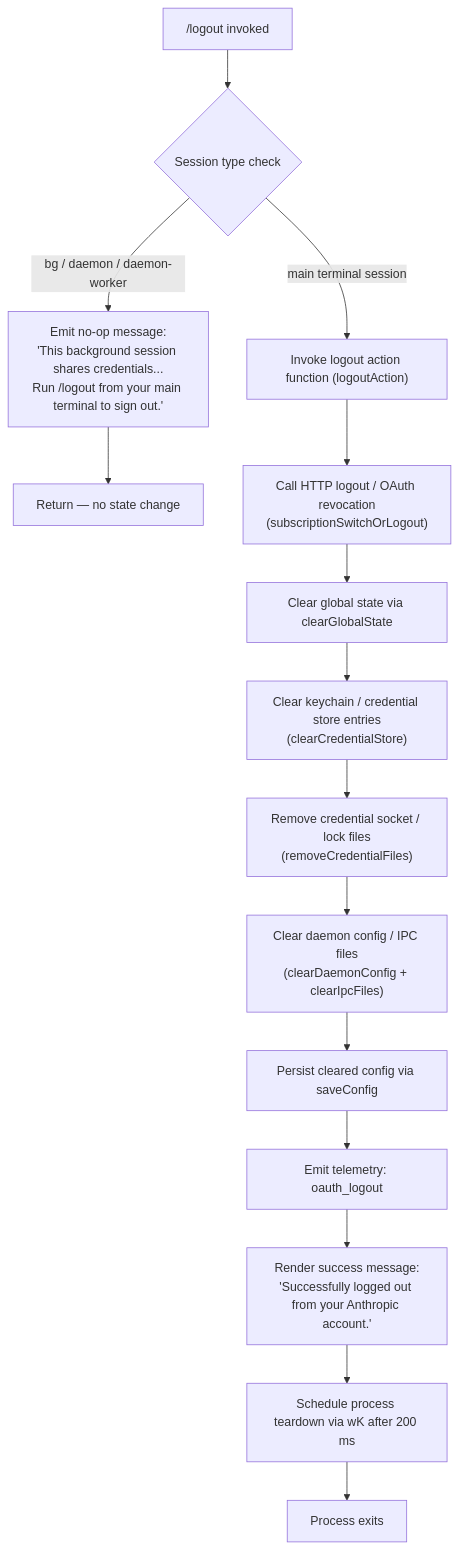
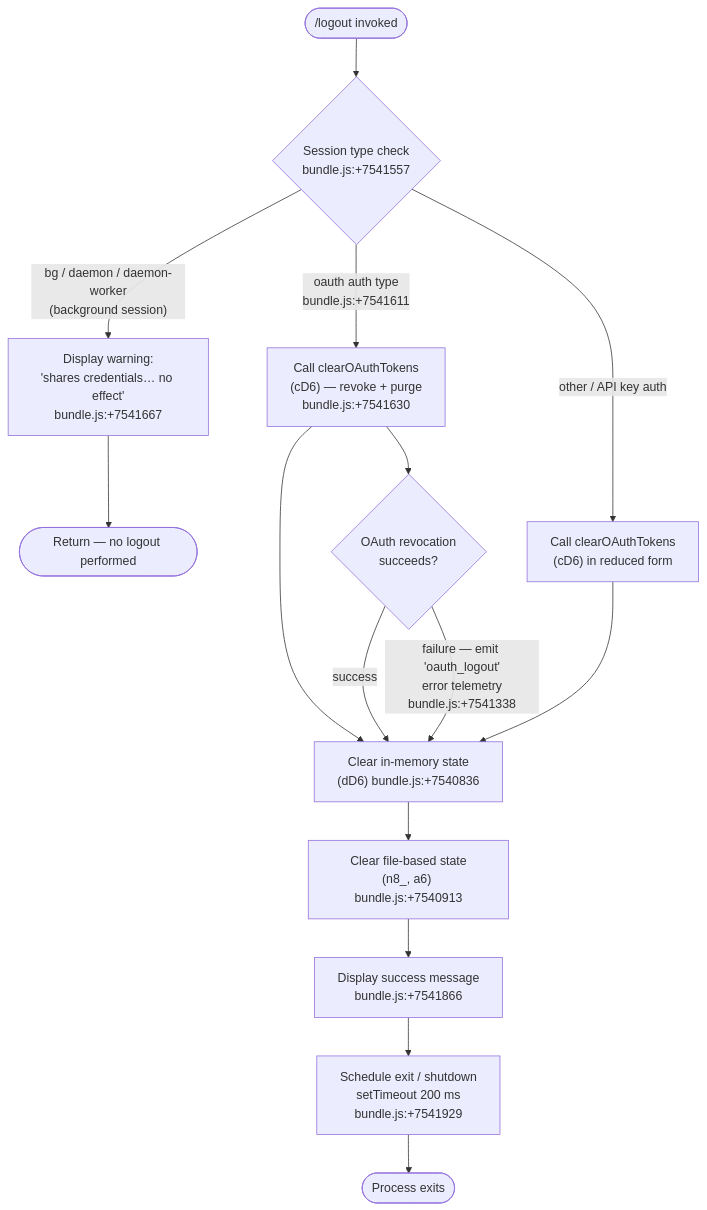
One commit to MyLittleLuckyDog/cc-gnothi changed the diagram in versions/v2.1.143/logout.md. Above: the diagram before and after it, drawn with Mermaid. The commit also changed other lines of this file and 483 other files, not shown here.

````diff
--- a/versions/v2.1.143/logout.md
+++ b/versions/v2.1.143/logout.md
@@ -45,17 +54,17 @@
 ```mermaid
 flowchart TD
-    A["/logout invoked"] --> B{Session type check}
-    B -- "bg / daemon / daemon-worker" --> C["Emit no-op message:\n'This background session shares credentials...\nRun /logout from your main terminal to sign out.'"]
-    C --> Z[Return — no state change]
-    B -- "main terminal session" --> D["Invoke logout action function (logoutAction)"]
-    D --> E["Call HTTP logout / OAuth revocation\n(subscriptionSwitchOrLogout)"]
-    E --> F["Clear global state via clearGlobalState"]
-    F --> G["Clear keychain / credential store entries\n(clearCredentialStore)"]
-    G --> H["Remove credential socket / lock files\n(removeCredentialFiles)"]
-    H --> I["Clear daemon config / IPC files\n(clearDaemonConfig + clearIpcFiles)"]
-    I --> J["Persist cleared config via saveConfig"]
-    J --> K["Emit telemetry: oauth_logout"]
-    K --> L["Render success message:\n'Successfully logged out from your Anthropic account.'"]
-    L --> M["Schedule process teardown via wK after 200 ms"]
-    M --> N[Process exits]
+    A(["/logout invoked"]) --> B{Session type check\nbundle.js:+7541557}
+    B -->|"bg / daemon / daemon-worker\n(background session)"| C["Display warning:\n'shares credentials… no effect'\nbundle.js:+7541667"]
+    C --> D([Return — no logout performed])
+    B -->|"oauth auth type\nbundle.js:+7541611"| E["Call clearOAuthTokens\n(cD6) — revoke + purge\nbundle.js:+7541630"]
+    E --> F["Clear in-memory state\n(dD6) bundle.js:+7540836"]
+    F --> G["Clear file-based state\n(n8_, a6) bundle.js:+7540913"]
+    G --> H["Display success message\nbundle.js:+7541866"]
+    H --> I["Schedule exit / shutdown\nsetTimeout 200 ms\nbundle.js:+7541929"]
+    I --> J([Process exits])
+    B -->|"other / API key auth"| K["Call clearOAuthTokens\n(cD6) in reduced form"]
+    K --> F
+    E --> L{OAuth revocation\nsucceeds?}
+    L -->|success| F
+    L -->|failure — emit 'oauth_logout'\nerror telemetry\nbundle.js:+7541338| F
 ```
````
